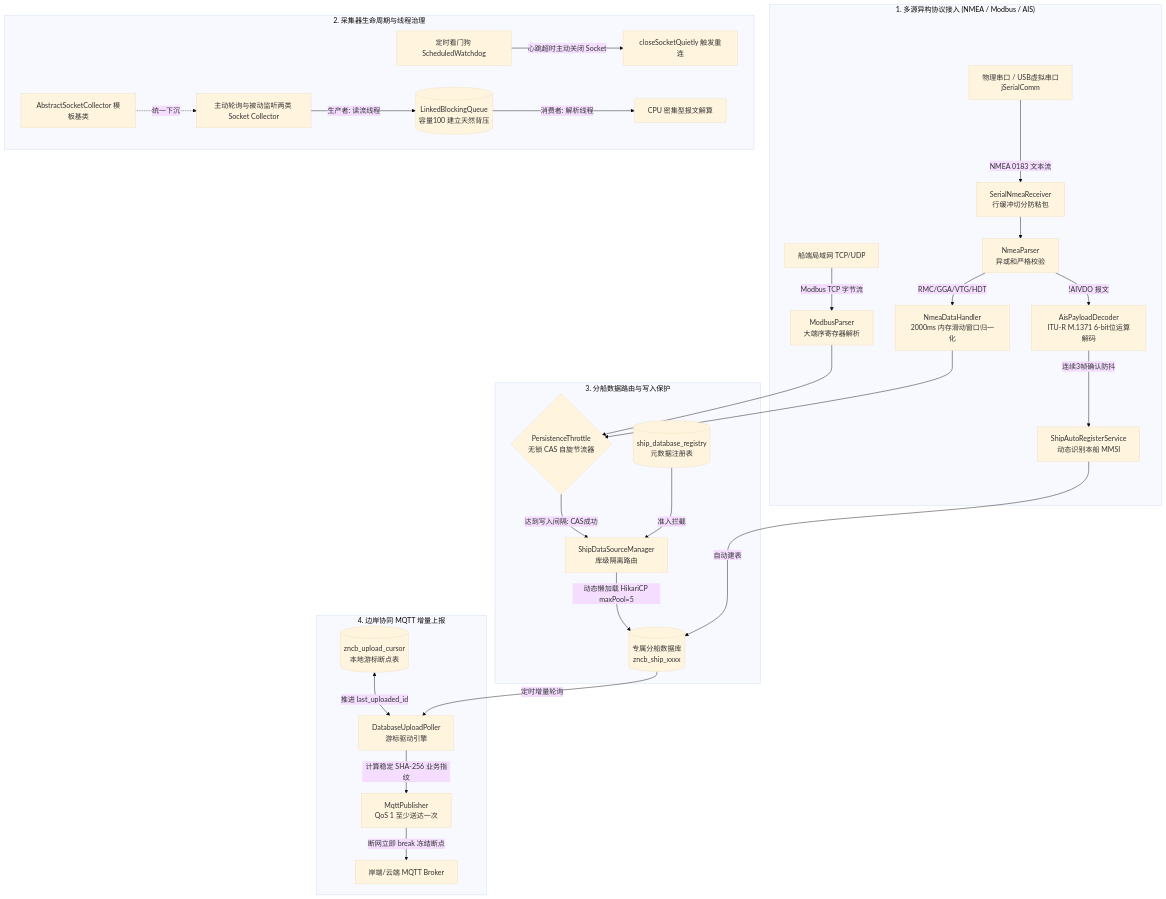
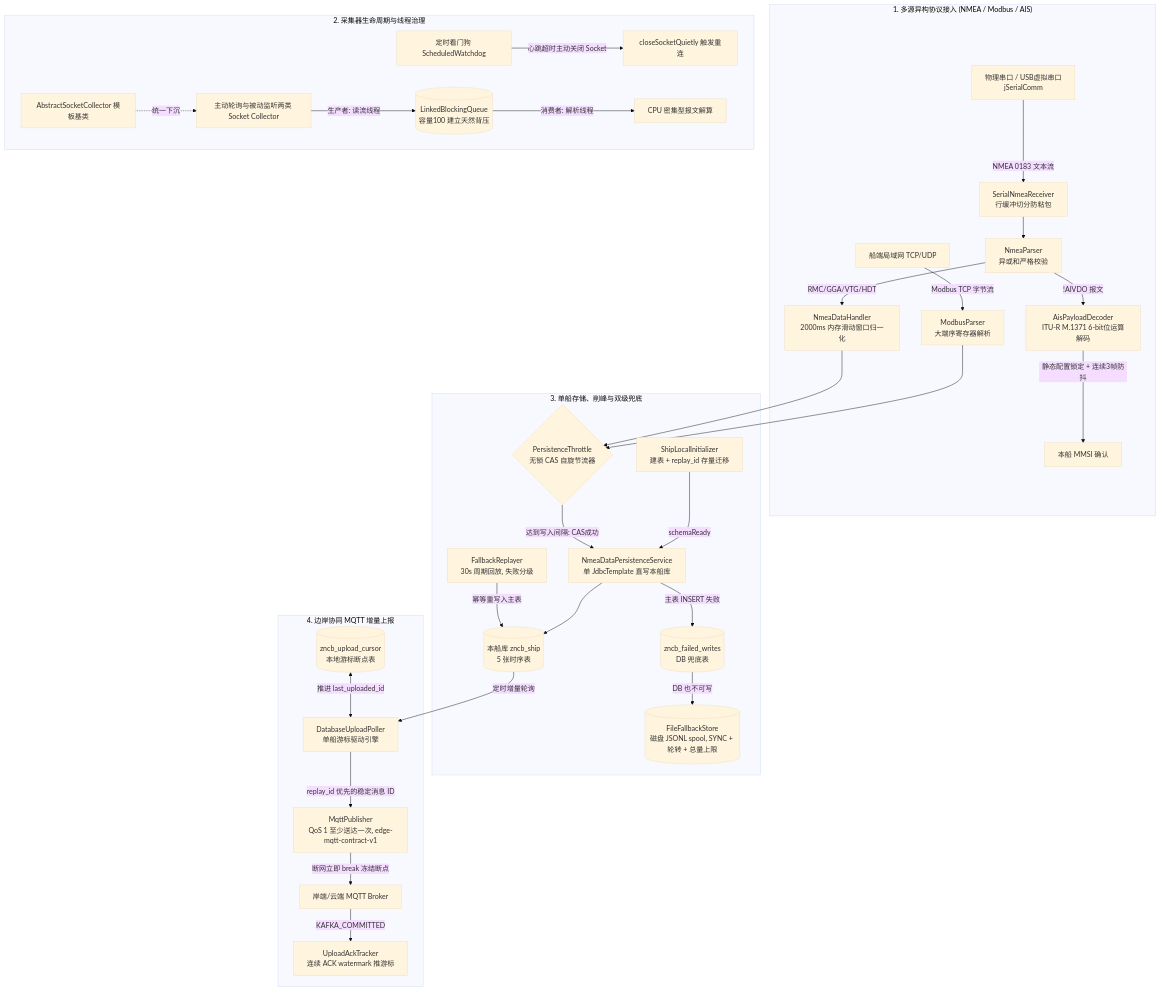
Before and after one commit to Thehe01/Smartship: the diagram in README.md, drawn with Mermaid (base theme). The commit also changed other lines of this file and 3 other files, not shown here.

````diff
--- a/README.md
+++ b/README.md
@@ -14,34 +16,37 @@
 ```mermaid
 flowchart TD
     subgraph 物理与网络链路接入 ["1. 多源异构协议接入 (NMEA / Modbus / AIS)"]
         COM[物理串口 / USB虚拟串口<br/>jSerialComm] -->|NMEA 0183 文本流| SerialRec[SerialNmeaReceiver<br/>行缓冲切分防粘包]
         NET[船端局域网 TCP/UDP] -->|Modbus TCP 字节流| ModbusP[ModbusParser<br/>大端序寄存器解析]
         SerialRec --> NmeaP[NmeaParser<br/>异或和严格校验]
         NmeaP -->|!AIVDO 报文| AisDec[AisPayloadDecoder<br/>ITU-R M.1371 6-bit位运算解码]
         NmeaP -->|RMC/GGA/VTG/HDT| Handler[NmeaDataHandler<br/>2000ms 内存滑动窗口归一化]
-        AisDec -->|连续3帧确认防抖| AutoReg[ShipAutoRegisterService<br/>动态识别本船 MMSI]
+        AisDec -->|静态配置锁定 + 连续3帧防抖| MMSI[本船 MMSI 确认]
     end
 
     subgraph 采集器生命周期治理 ["2. 采集器生命周期与线程治理"]
         BaseColl[AbstractSocketCollector 模板基类] -.->|统一下沉| Impl[主动轮询与被动监听两类 Socket Collector]
         Watchdog[定时看门狗 ScheduledWatchdog] -->|心跳超时主动关闭 Socket| CloseSock[closeSocketQuietly 触发重连]
         Impl -->|生产者: 读流线程| BoundedQ[(LinkedBlockingQueue<br/>容量100 建立天然背压)]
         BoundedQ -->|消费者: 解析线程| Process[CPU 密集型报文解算]
     end
 
-    subgraph 存储保护与路由 ["3. 分船数据路由与写入保护"]
+    subgraph 存储与保护 ["3. 单船存储、削峰与双级兜底"]
         Handler --> Throttle{PersistenceThrottle<br/>无锁 CAS 自旋节流器}
         ModbusP --> Throttle
-        Throttle -->|达到写入间隔: CAS成功| Router[ShipDataSourceManager<br/>库级隔离路由]
-        Registry[(ship_database_registry<br/>元数据注册表)] -->|准入拦截| Router
-        Router -->|动态懒加载 HikariCP maxPool=5| ShipDB[(专属分船数据库<br/>zncb_ship_xxxx)]
-        AutoReg -->|自动建表| ShipDB
+        Throttle -->|达到写入间隔: CAS成功| Persist[NmeaDataPersistenceService<br/>单 JdbcTemplate 直写本船库]
+        Init[ShipLocalInitializer<br/>建表 + replay_id 存量迁移] -->|schemaReady| Persist
+        Persist -->|主表 INSERT 失败| DbFb[(zncb_failed_writes<br/>DB 兜底表)]
+        DbFb -->|DB 也不可写| Spool[(FileFallbackStore<br/>磁盘 JSONL spool, SYNC + 轮转 + 总量上限)]
+        Replayer[FallbackReplayer<br/>30s 周期回放, 失败分级] -->|幂等重写入主表| ShipDB[(本船库 zncb_ship<br/>5 张时序表)]
+        Persist --> ShipDB
     end
 
     subgraph 边岸协同上报 ["4. 边岸协同 MQTT 增量上报"]
-        ShipDB -->|定时增量轮询| Poller[DatabaseUploadPoller<br/>游标驱动引擎]
+        ShipDB -->|定时增量轮询| Poller[DatabaseUploadPoller<br/>单船游标驱动引擎]
         Cursor[(zncb_upload_cursor<br/>本地游标断点表)] <-->|推进 last_uploaded_id| Poller
-        Poller -->|计算稳定 SHA-256 业务指纹| MqttPub[MqttPublisher<br/>QoS 1 至少送达一次]
+        Poller -->|replay_id 优先的稳定消息 ID| MqttPub[MqttPublisher<br/>QoS 1 至少送达一次, edge-mqtt-contract-v1]
         MqttPub -->|断网立即 break 冻结断点| Cloud[岸端/云端 MQTT Broker]
+        Cloud -->|KAFKA_COMMITTED| Ack[UploadAckTracker<br/>连续 ACK watermark 推游标]
     end
 ```
````
